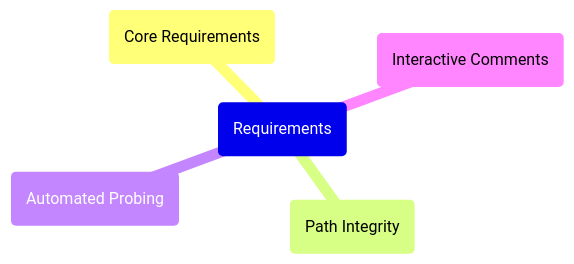
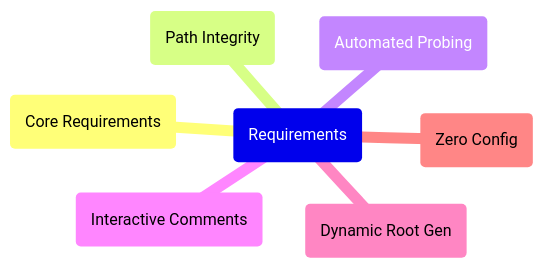
Before and after one commit to futurefoundai/foundryspec: the diagram in docs/discovery/requirements.mermaid, drawn with Mermaid. The commit also changed 5 other files, not shown here.

First line of the commit message:
feat: Dynamic Root Infrastructure & Zero-Config

```diff
--- a/docs/discovery/requirements.mermaid
+++ b/docs/discovery/requirements.mermaid
@@ -1,18 +1,22 @@
 ---
 id: "GRP_Requirements"
 title: Requirements Catalog
 description: Index of system requirements.
 uplink: "GRP_Personas"
 downlinks:
   - "REQ_PathIntegrity"
   - "REQ_AutomatedProbing"
   - "REQ_InteractiveComments"
+  - "REQ_DynamicRoot"
+  - "REQ_ZeroConfig"
   - "GRP_Core"
 ---
 
 mindmap
   GRP_Requirements(Requirements)
     GRP_Core(Core Requirements)
     REQ_PathIntegrity(Path Integrity)
     REQ_AutomatedProbing(Automated Probing)
     REQ_InteractiveComments(Interactive Comments)
+    REQ_DynamicRoot(Dynamic Root Gen)
+    REQ_ZeroConfig(Zero Config)
```
